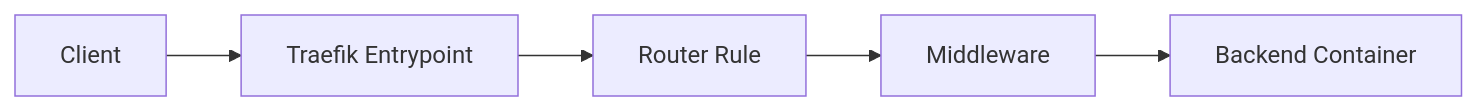
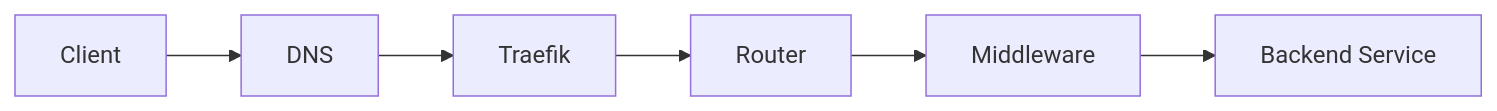
One commit to stencildev/stencildev.github.io changed the diagram in site/docs/runbooks/traefik-deployment.md. Above: the diagram before and after it, drawn with Mermaid. The commit also changed other lines of this file and 2 other files, not shown here.

Commit message:
updated traefik runbook and added sops-age runbook

````diff
--- a/site/docs/runbooks/traefik-deployment.md
+++ b/site/docs/runbooks/traefik-deployment.md
@@ -39,10 +27,8 @@
 ```mermaid
 flowchart LR
-    A[Client]
-    B[Traefik Entrypoint]
-    C[Router Rule]
-    D[Middleware]
-    E[Backend Container]
-
-    A --> B --> C --> D --> E
+    A[Client] --> B[DNS]
+    B --> C[Traefik]
+    C --> D[Router]
+    D --> E[Middleware]
+    E --> F[Backend Service]
 ```
````
